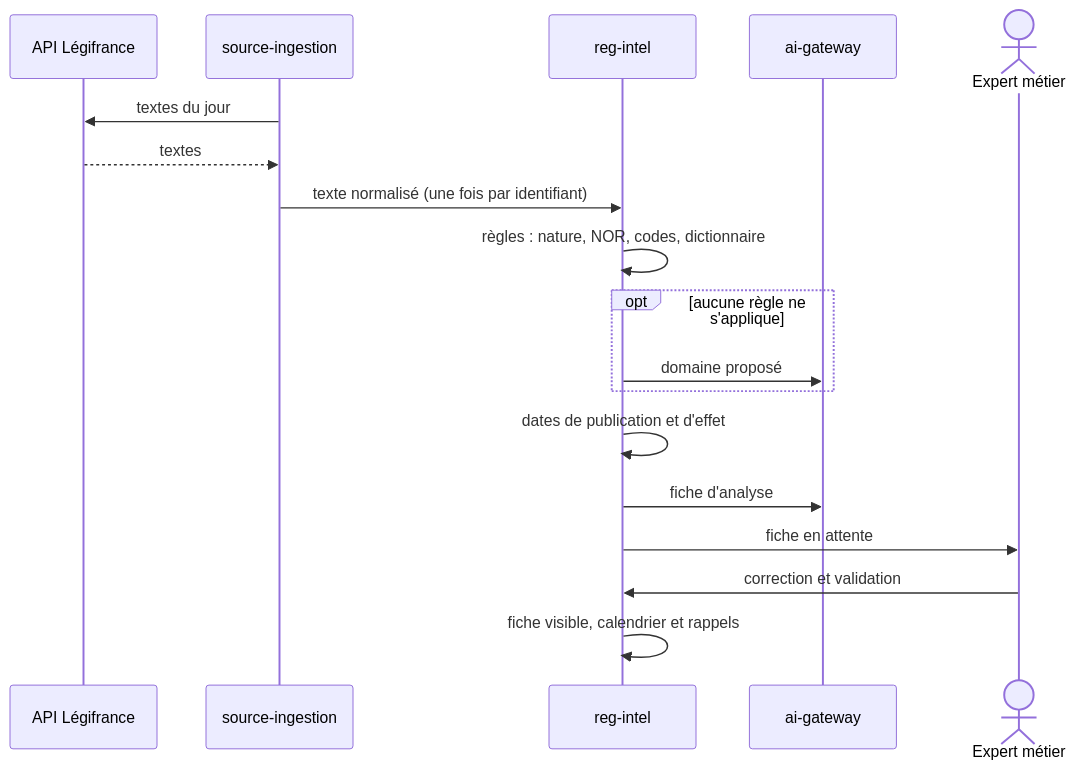
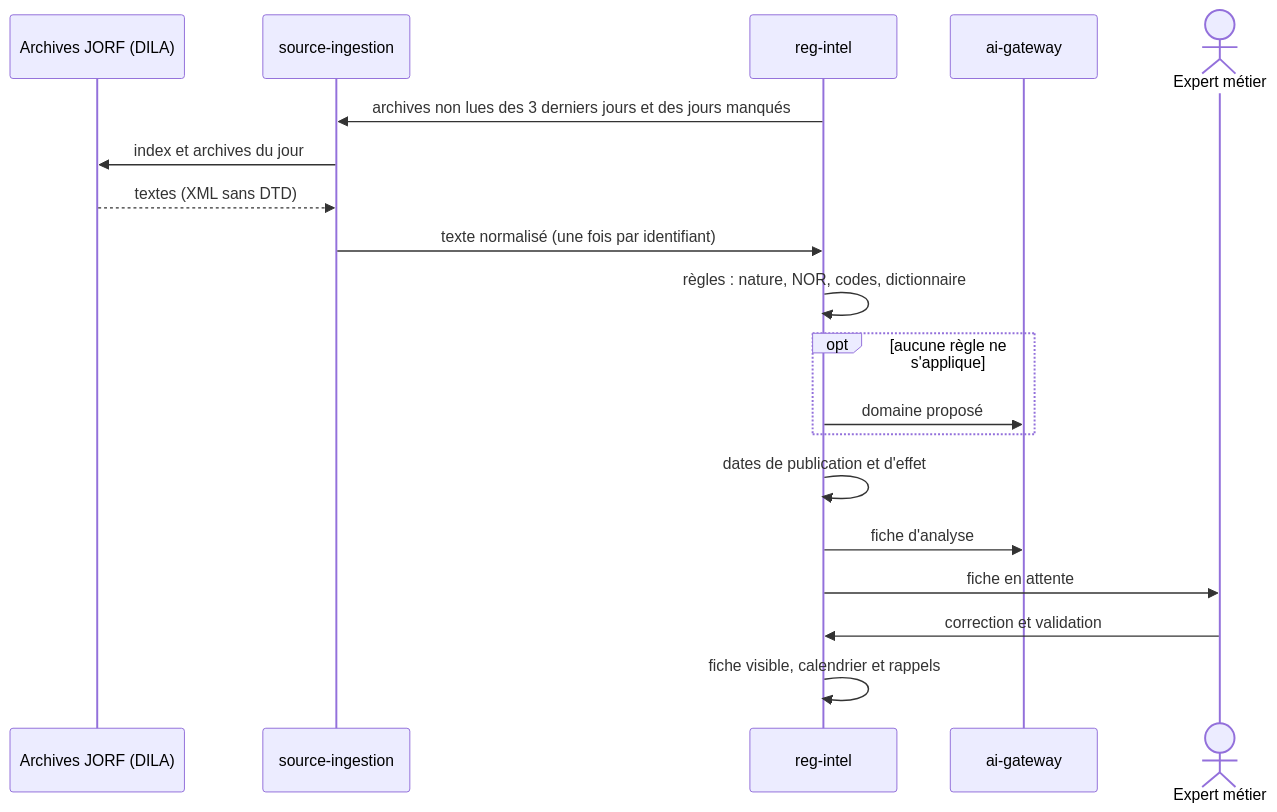
One commit to FTurleque/argos-tech-platform changed the first of 2 diagrams in openspec/changes/suivre-veille-reglementaire/design.md. Above: the diagram before and after it, drawn with Mermaid. The commit also changed other lines of this file and 19 other files, not shown here.

````diff
--- a/openspec/changes/suivre-veille-reglementaire/design.md
+++ b/openspec/changes/suivre-veille-reglementaire/design.md
@@ -56,20 +60,21 @@
 ```mermaid
 sequenceDiagram
-    participant L as API Légifrance
+    participant L as Archives JORF (DILA)
     participant I as source-ingestion
     participant R as reg-intel
     participant G as ai-gateway
     actor E as Expert métier
-    I->>L: textes du jour
-    L-->>I: textes
+    R->>I: archives non lues des 3 derniers jours et des jours manqués
+    I->>L: index et archives du jour
+    L-->>I: textes (XML sans DTD)
     I->>R: texte normalisé (une fois par identifiant)
     R->>R: règles : nature, NOR, codes, dictionnaire
     opt aucune règle ne s'applique
         R->>G: domaine proposé
     end
     R->>R: dates de publication et d'effet
     R->>G: fiche d'analyse
     R->>E: fiche en attente
     E->>R: correction et validation
     R->>R: fiche visible, calendrier et rappels
 ```
````
